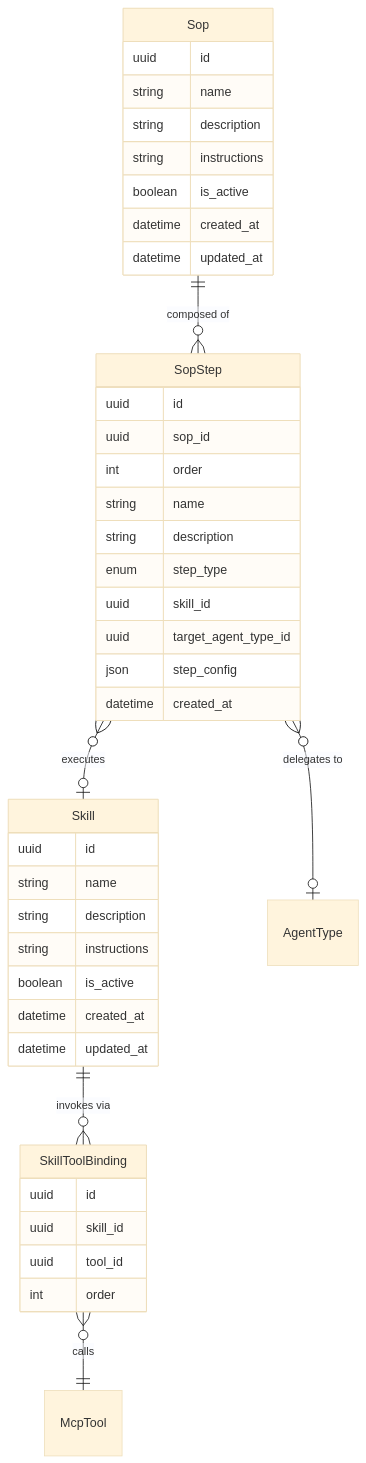
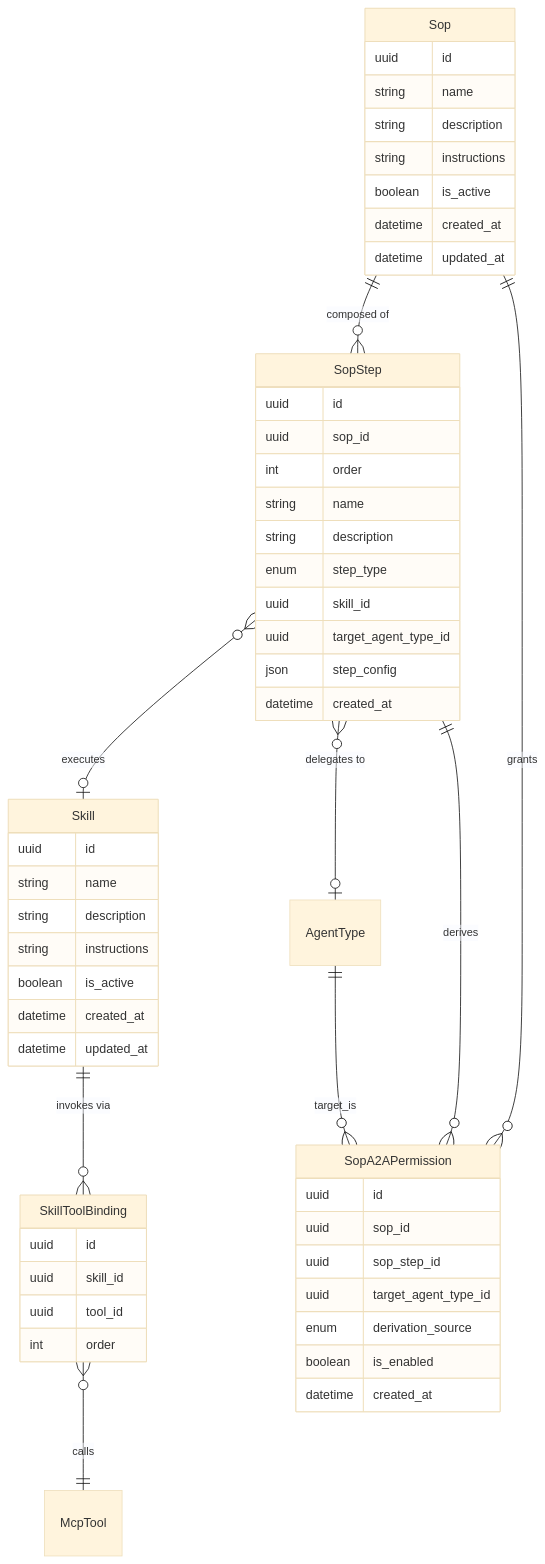
One commit to hurungang/parthenon changed the diagram in docs/master/data-model/modules/skills/entities.md. Above: the diagram before and after it, drawn with Mermaid (base theme). The commit also changed other lines of this file and 170 other files, not shown here.

````diff
--- a/docs/master/data-model/modules/skills/entities.md
+++ b/docs/master/data-model/modules/skills/entities.md
@@ -3,45 +3,57 @@
 ```mermaid
 erDiagram
     Skill {
         uuid id
         string name
         string description
         string instructions
         boolean is_active
         datetime created_at
         datetime updated_at
     }
     SkillToolBinding {
         uuid id
         uuid skill_id
         uuid tool_id
         int order
     }
     Sop {
         uuid id
         string name
         string description
         string instructions
         boolean is_active
         datetime created_at
         datetime updated_at
     }
     SopStep {
         uuid id
         uuid sop_id
         int order
         string name
         string description
         enum step_type
         uuid skill_id
         uuid target_agent_type_id
         json step_config
         datetime created_at
     }
+    SopA2APermission {
+        uuid id
+        uuid sop_id
+        uuid sop_step_id
+        uuid target_agent_type_id
+        enum derivation_source
+        boolean is_enabled
+        datetime created_at
+    }
 
     Skill ||--o{ SkillToolBinding : "invokes via"
     SkillToolBinding }o--|| McpTool : "calls"
     Sop ||--o{ SopStep : "composed of"
     SopStep }o--o| Skill : "executes"
     SopStep }o--o| AgentType : "delegates to"
+    SopStep ||--o{ SopA2APermission : "derives"
+    Sop ||--o{ SopA2APermission : "grants"
+    AgentType ||--o{ SopA2APermission : "target_is"
 ```
````
